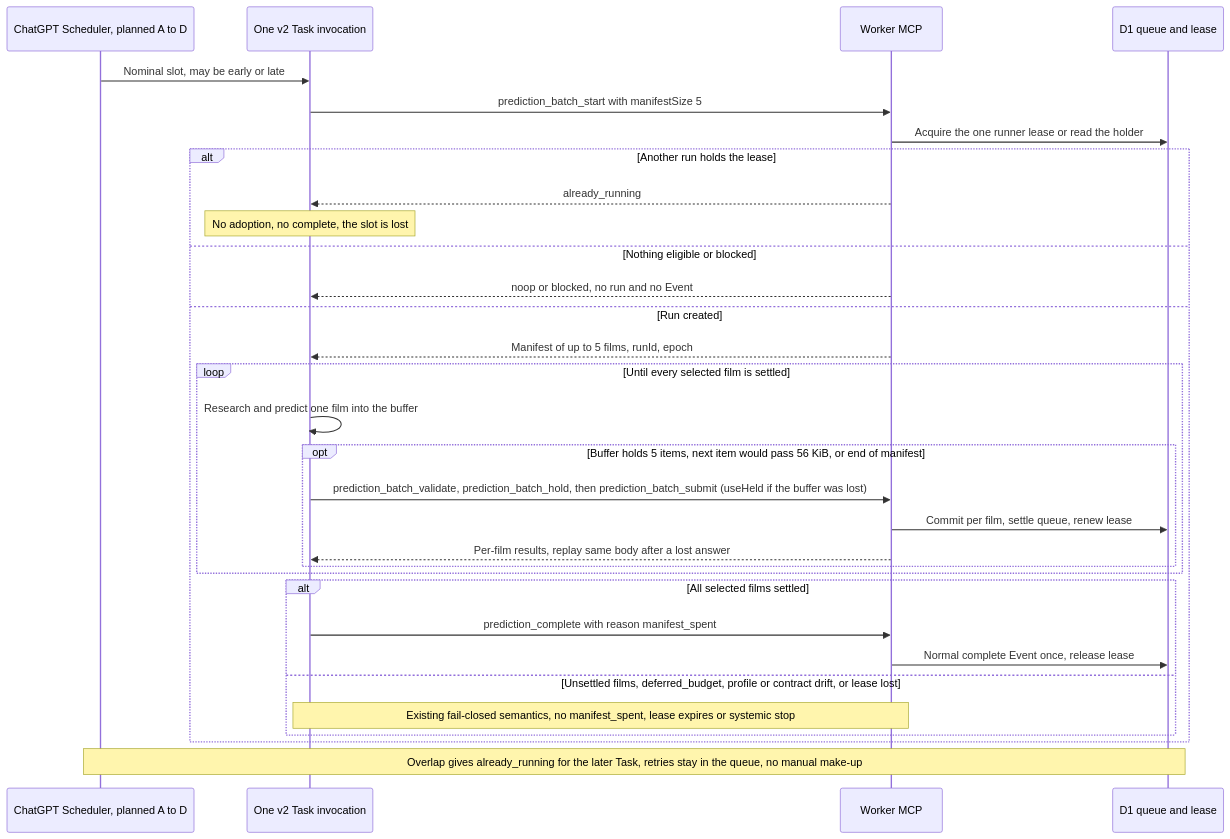
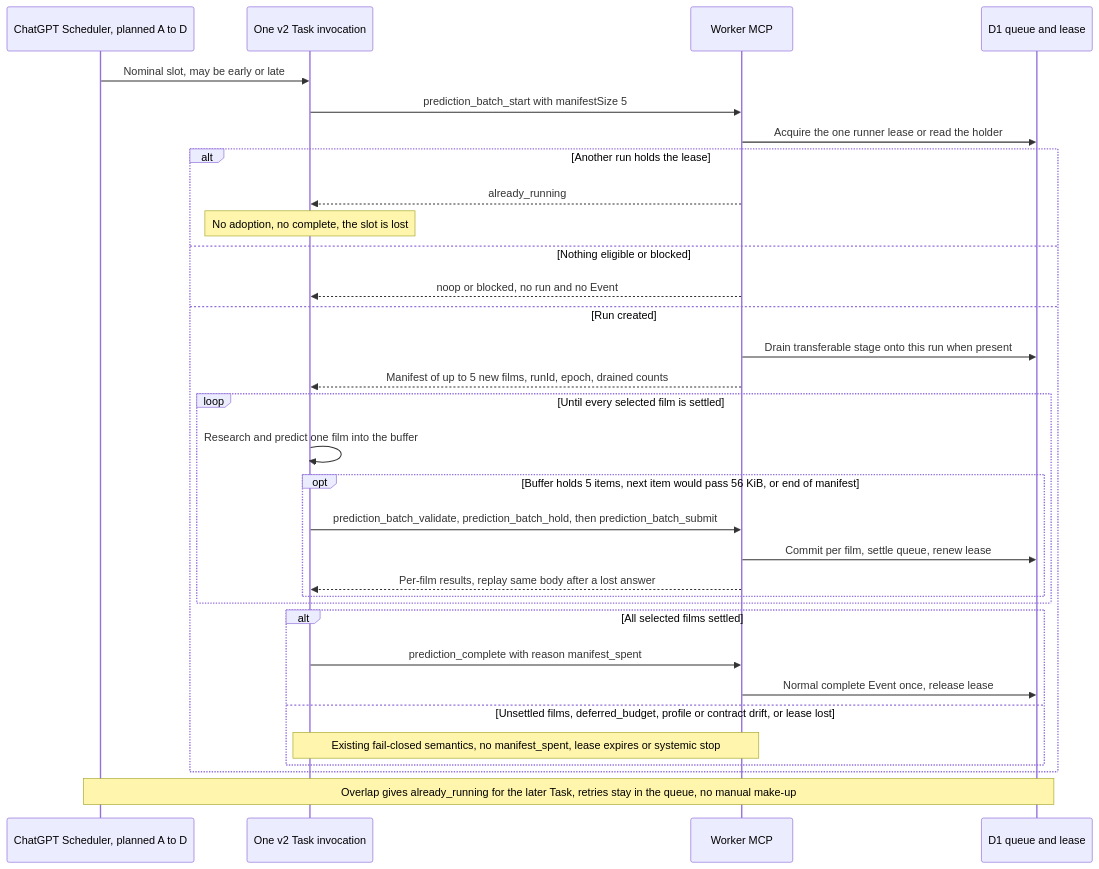
One commit to vladimino/iptv-watchlist changed the third of 12 diagrams in docs/architecture/scheduling-and-orchestration.md. Above: the diagram before and after it, drawn with Mermaid. The commit also changed 13 other files, not shown here.

First line of the commit message:
AIR-510: drain transferable staged items on the next start

````diff
--- a/docs/architecture/scheduling-and-orchestration.md
+++ b/docs/architecture/scheduling-and-orchestration.md
@@ -92,33 +92,34 @@
 ```mermaid
 sequenceDiagram
     participant Sched as ChatGPT Scheduler, planned A to D
     participant Task as One v2 Task invocation
     participant MCP as Worker MCP
     participant D1 as D1 queue and lease
     Sched->>Task: Nominal slot, may be early or late
     Task->>MCP: prediction_batch_start with manifestSize 5
     MCP->>D1: Acquire the one runner lease or read the holder
     alt Another run holds the lease
         MCP-->>Task: already_running
         Note over Task: No adoption, no complete, the slot is lost
     else Nothing eligible or blocked
         MCP-->>Task: noop or blocked, no run and no Event
     else Run created
-        MCP-->>Task: Manifest of up to 5 films, runId, epoch
+        MCP->>D1: Drain transferable stage onto this run when present
+        MCP-->>Task: Manifest of up to 5 new films, runId, epoch, drained counts
         loop Until every selected film is settled
             Task->>Task: Research and predict one film into the buffer
             opt Buffer holds 5 items, next item would pass 56 KiB, or end of manifest
-                Task->>MCP: prediction_batch_validate, prediction_batch_hold, then prediction_batch_submit (useHeld if the buffer was lost)
+                Task->>MCP: prediction_batch_validate, prediction_batch_hold, then prediction_batch_submit
                 MCP->>D1: Commit per film, settle queue, renew lease
                 MCP-->>Task: Per-film results, replay same body after a lost answer
             end
         end
         alt All selected films settled
             Task->>MCP: prediction_complete with reason manifest_spent
             MCP->>D1: Normal complete Event once, release lease
         else Unsettled films, deferred_budget, profile or contract drift, or lease lost
             Note over Task,MCP: Existing fail-closed semantics, no manifest_spent, lease expires or systemic stop
         end
     end
     Note over Sched,D1: Overlap gives already_running for the later Task, retries stay in the queue, no manual make-up
 ```
````
